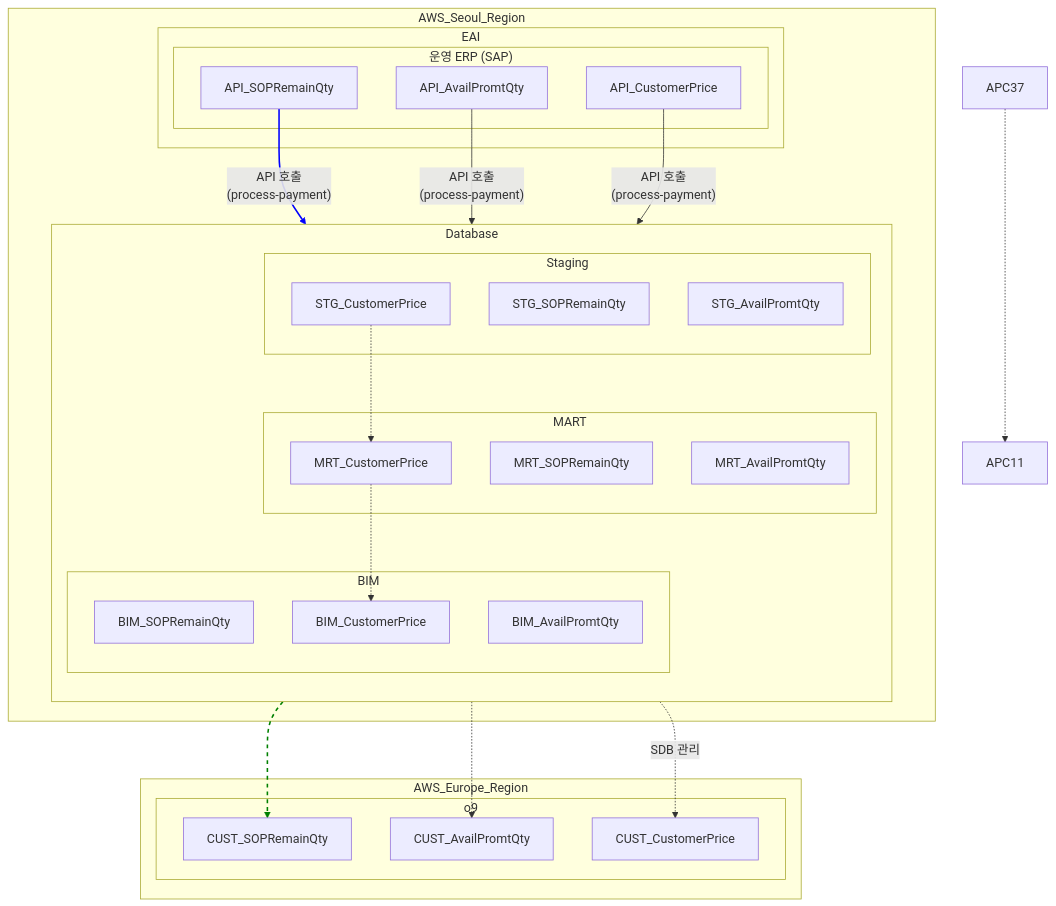
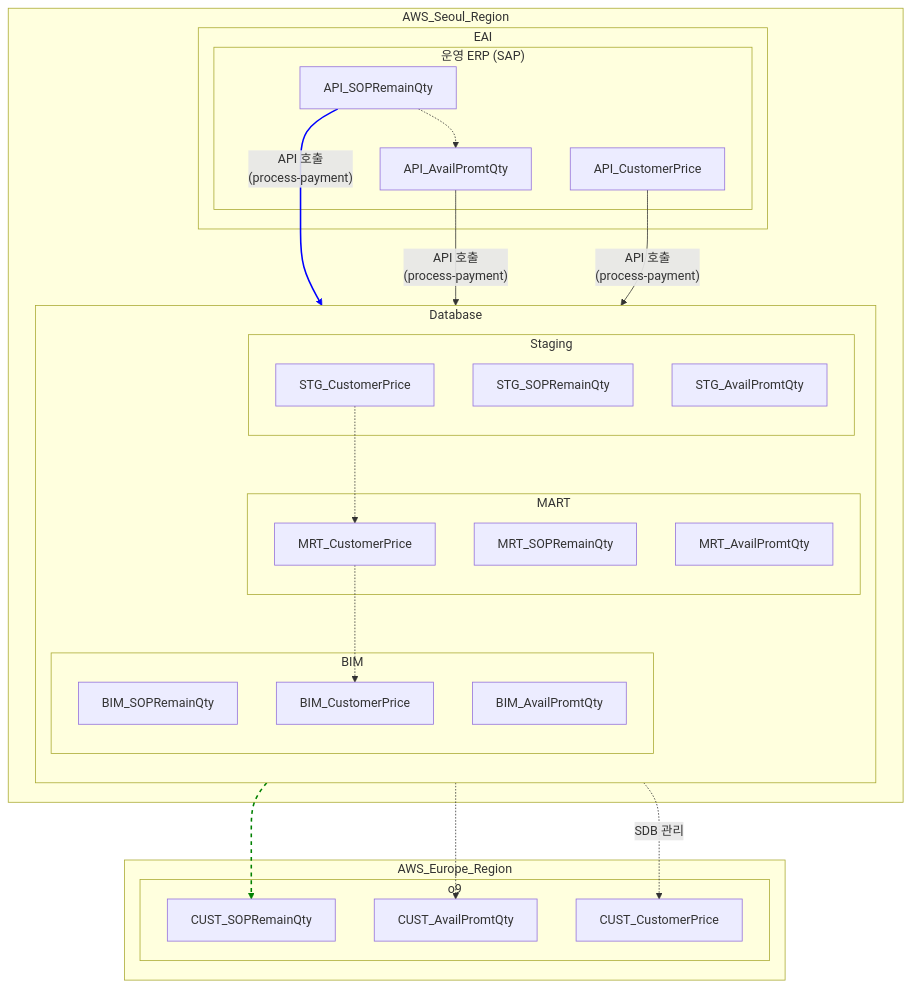
Before and after one commit to eugenekim-ds/train-mermaid: the diagram in mmmm.mmd, drawn with Mermaid.

```diff
--- a/mmmm.mmd
+++ b/mmmm.mmd
@@ -1,55 +1,55 @@
 graph TD
  
   %% 다이어그램
   subgraph subGraph6 ["AWS_Seoul_Region"]
     subgraph EAI ["EAI"]
       subgraph SAP ["운영 ERP (SAP)"]
         APICP37["API_SOPRemainQty"]
         APICP11["API_AvailPromtQty"]
         APICP35["API_CustomerPrice"]
       end
     end
     subgraph Database ["Database"]
       direction TB
       subgraph Schema_Staging["Staging"]
         STGCP37["STG_SOPRemainQty"]
         STGCP11["STG_AvailPromtQty"]
         STGCP35["STG_CustomerPrice"]
       end
       subgraph Schema_MART ["MART"]
         MRTCP37["MRT_SOPRemainQty"]
         MRTCP11["MRT_AvailPromtQty"]
         MRTCP35["MRT_CustomerPrice"]
       end
       subgraph Schema_BIM ["BIM"]
         BIMCP37["BIM_SOPRemainQty"]
         BIMCP11["BIM_AvailPromtQty"]
         BIMCP35["BIM_CustomerPrice"]
       end
     end
   end
   subgraph subGraph8 ["AWS_Europe_Region"]
     subgraph o9 ["o9"]
       CSTCP37["CUST_SOPRemainQty"]
       CSTCP11["CUST_AvailPromtQty"]
       CSTCP35["CUST_CustomerPrice"]
     end
   end
 
   
 
   %% 스타일 0
   APICP37 -- "API 호출<br>(process-payment)" --> STGCP37 -.-> CSTCP37
   APICP11 -- "API 호출<br>(process-payment)" --> STGCP11 -.-> CSTCP11
   APICP35 -- "API 호출<br>(process-payment)" --> STGCP35 -.-> MRTCP35 -.-> BIMCP35 
 
 MRTCP35
 
   %% 스타일 1
-  APC37 -.-> APC11
+  APICP37 -.-> APICP11
   MRTCP35 -. "SDB 관리" .-> CSTCP35
 
 
   %% 스타일 정의 (선택 사항)
   linkStyle 0 stroke:blue,stroke-width:2px;
   linkStyle 1 stroke:green,stroke-width:2px,stroke-dasharray: 5 5;
```
